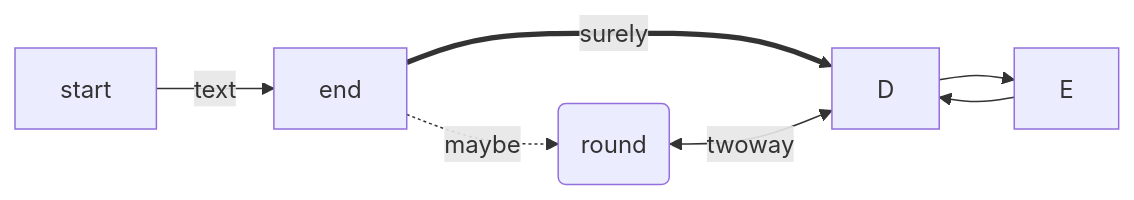
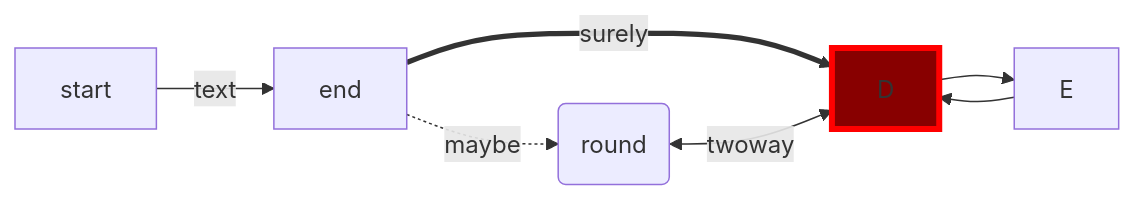
The first of 5 diagrams in docs/graphs/entrel.md (dcsan/autoapps), drawn with Mermaid before and after one commit. The commit also changed 2 other files, not shown here.

Commit message:
moved to vecsim

````diff
--- a/docs/graphs/entrel.md
+++ b/docs/graphs/entrel.md
@@ -7,9 +7,15 @@
 ```mermaid
+
 flowchart LR
     A[start] -->| text |B[end]
     B -. maybe .->C(round)
     B == surely ==> D
     C <-- twoway --> D
     D --> E
     E --> D
+
+    style D fill:#800,stroke:#F00,stroke-width:4px
+    classDef red fill:#800
+
+
 ```
````
